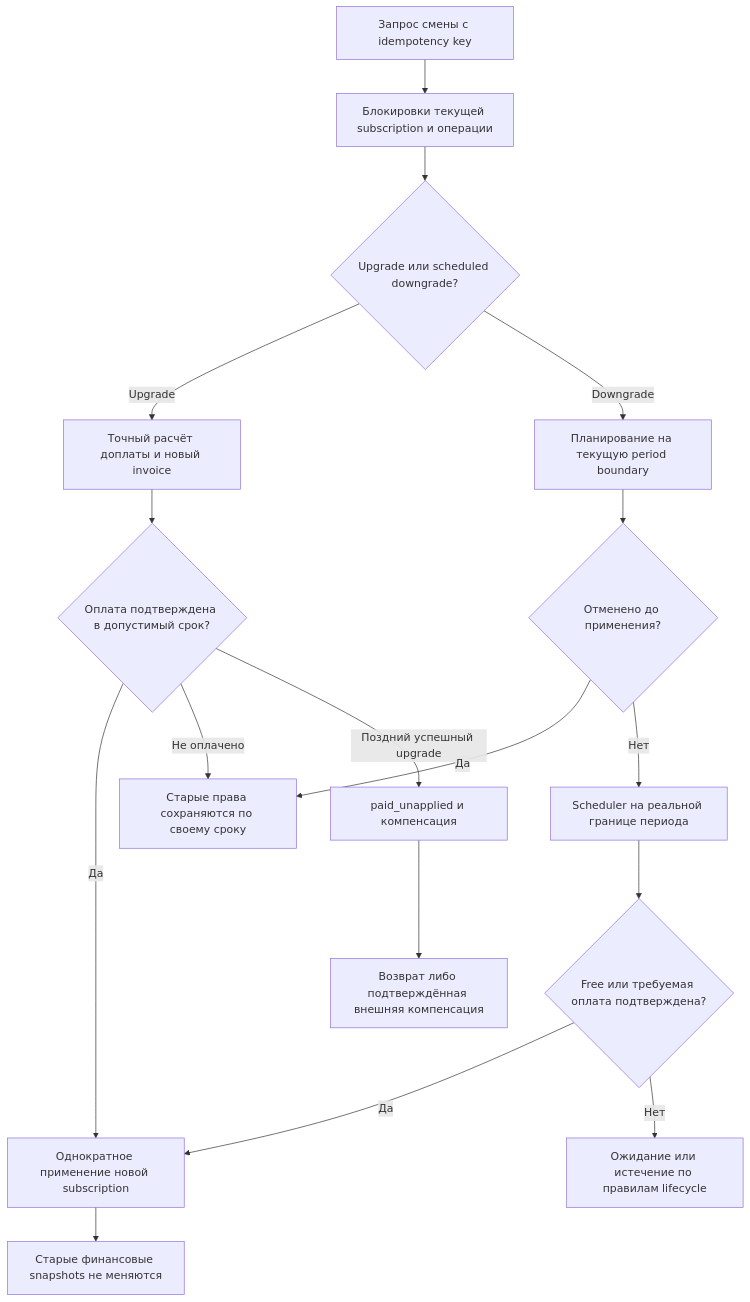
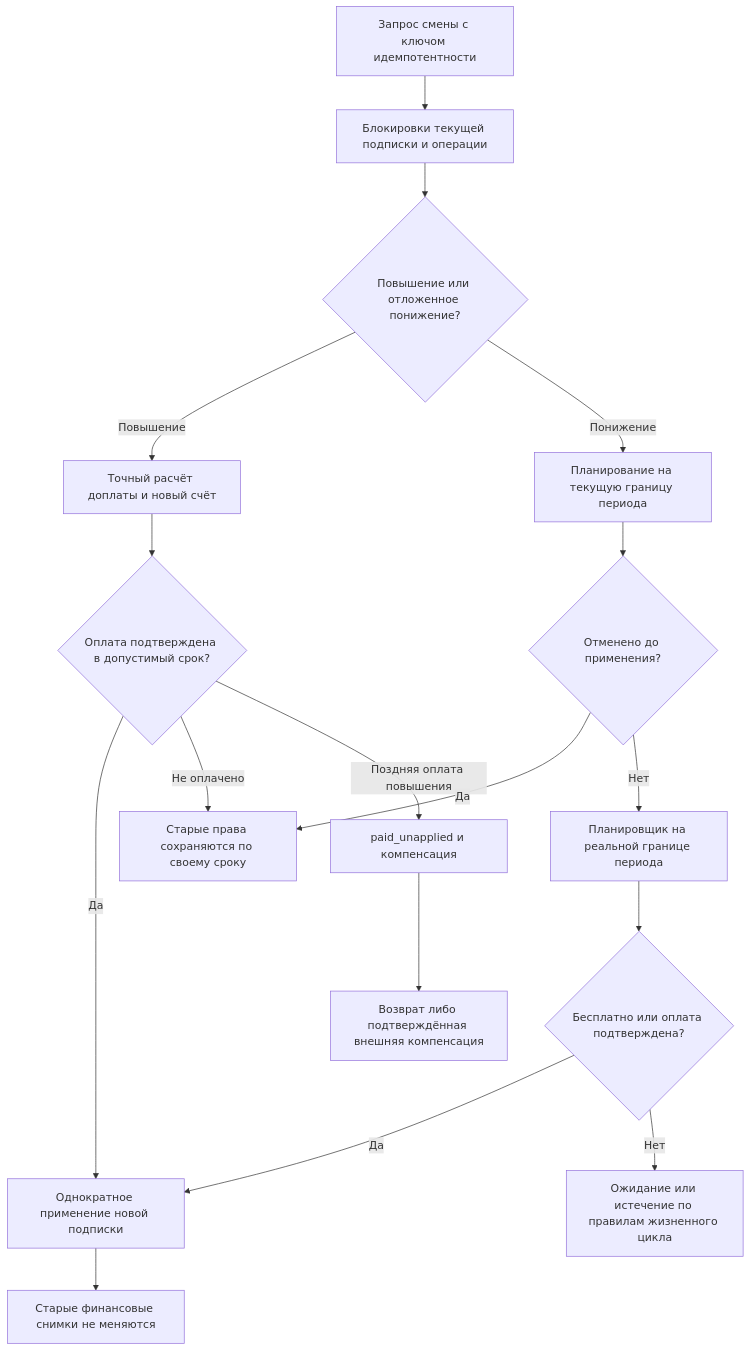
The diagram in docs/processes/07-plan-change.mmd (YCleffo/Platform), drawn with Mermaid before and after one commit. The commit also changed 188 other files, not shown here.

```diff
--- a/docs/processes/07-plan-change.mmd
+++ b/docs/processes/07-plan-change.mmd
@@ -1,17 +1,17 @@
 flowchart TD
-  Request[Запрос смены с idempotency key] --> Lock[Блокировки текущей subscription и операции]
-  Lock --> Direction{Upgrade или scheduled downgrade?}
-  Direction -->|Upgrade| Prorate[Точный расчёт доплаты и новый invoice]
+  Request[Запрос смены с ключом идемпотентности] --> Lock[Блокировки текущей подписки и операции]
+  Lock --> Direction{Повышение или отложенное понижение?}
+  Direction -->|Повышение| Prorate[Точный расчёт доплаты и новый счёт]
   Prorate --> Paid{Оплата подтверждена в допустимый срок?}
-  Paid -->|Да| Apply[Однократное применение новой subscription]
+  Paid -->|Да| Apply[Однократное применение новой подписки]
   Paid -->|Не оплачено| Keep[Старые права сохраняются по своему сроку]
-  Paid -->|Поздний успешный upgrade| Recovery[paid_unapplied и компенсация]
-  Direction -->|Downgrade| Scheduled[Планирование на текущую period boundary]
+  Paid -->|Поздняя оплата повышения| Recovery[paid_unapplied и компенсация]
+  Direction -->|Понижение| Scheduled[Планирование на текущую границу периода]
   Scheduled --> Cancel{Отменено до применения?}
   Cancel -->|Да| Keep
-  Cancel -->|Нет| Boundary[Scheduler на реальной границе периода]
-  Boundary --> Due{Free или требуемая оплата подтверждена?}
+  Cancel -->|Нет| Boundary[Планировщик на реальной границе периода]
+  Boundary --> Due{Бесплатно или оплата подтверждена?}
   Due -->|Да| Apply
-  Due -->|Нет| Resolve[Ожидание или истечение по правилам lifecycle]
-  Apply --> History[Старые финансовые snapshots не меняются]
+  Due -->|Нет| Resolve[Ожидание или истечение по правилам жизненного цикла]
+  Apply --> History[Старые финансовые снимки не меняются]
   Recovery --> Refund[Возврат либо подтверждённая внешняя компенсация]
```
